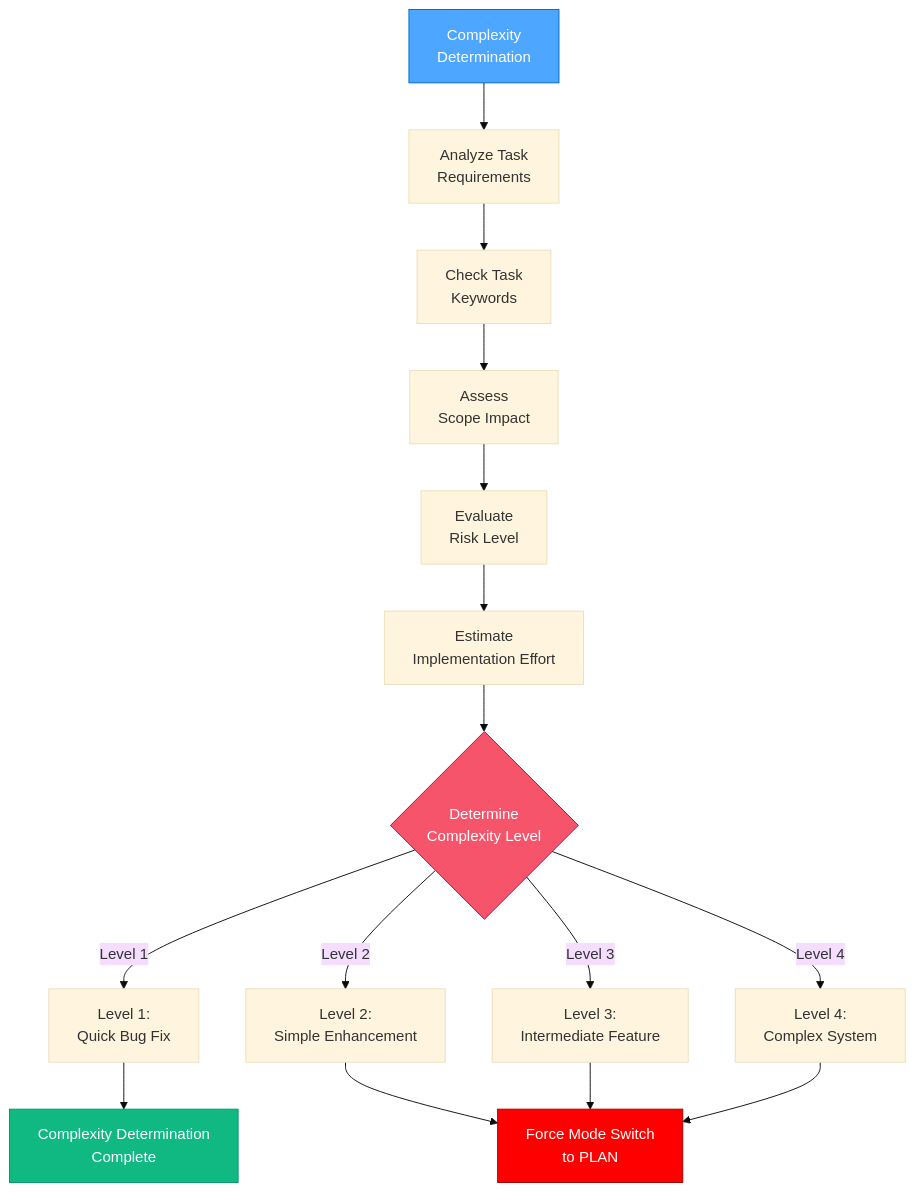
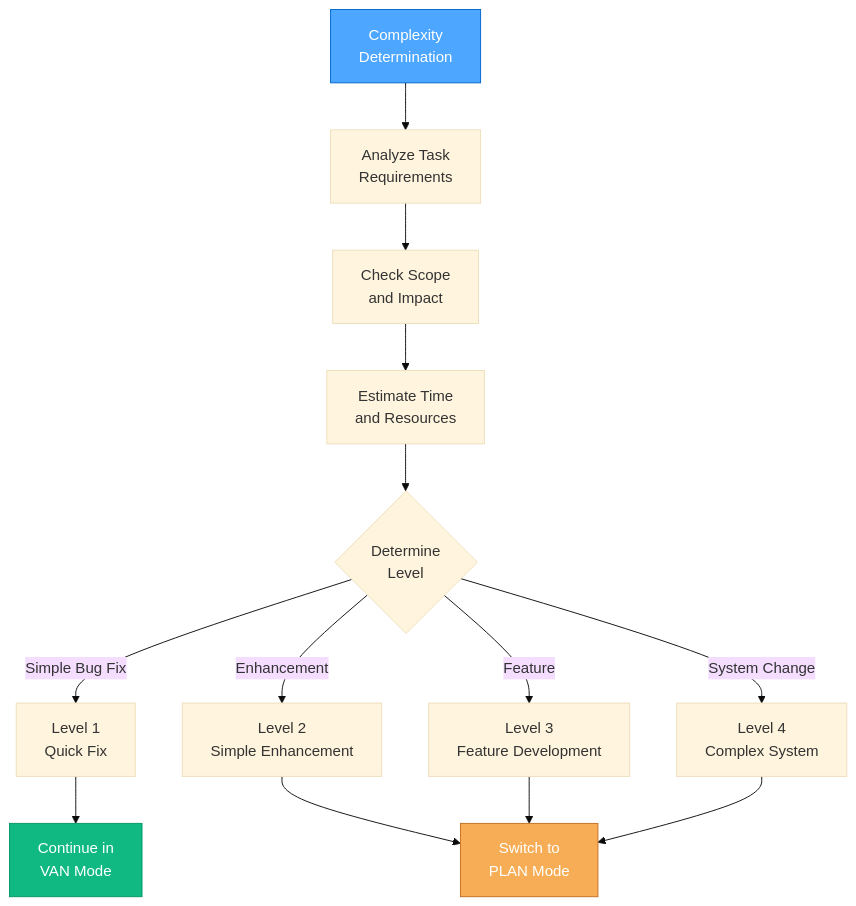
One commit to ms-moar/cursor-tools changed the fourth of 5 diagrams in .cursor/rules/isolation_rules/visual-maps/van_mode_split/van-mode-map.mdc. Above: the diagram before and after it, drawn with Mermaid (base theme). The commit also changed other lines of this file and 13 other files, not shown here.

````diff
--- a/.cursor/rules/isolation_rules/visual-maps/van_mode_split/van-mode-map.mdc
+++ b/.cursor/rules/isolation_rules/visual-maps/van_mode_split/van-mode-map.mdc
@@ -149,23 +113,19 @@
 ```mermaid
 graph TD
-    CD["Complexity<br>Determination"] --> AnalyzeTask["Analyze Task<br>Requirements"]
+    CD["Complexity<br>Determination"] --> AnalyzeReq["Analyze Task<br>Requirements"]
+    AnalyzeReq --> CheckScope["Check Scope<br>and Impact"]
+    CheckScope --> EstimateTime["Estimate Time<br>and Resources"]
+    EstimateTime --> DetermineLevel{"Determine<br>Level"}
     
-    AnalyzeTask --> CheckKeywords["Check Task<br>Keywords"]
-    CheckKeywords --> ScopeCheck["Assess<br>Scope Impact"]
-    ScopeCheck --> RiskCheck["Evaluate<br>Risk Level"]
-    RiskCheck --> EffortCheck["Estimate<br>Implementation Effort"]
+    DetermineLevel -->|"Simple Bug Fix"| Level1["Level 1<br>Quick Fix"]
+    DetermineLevel -->|"Enhancement"| Level2["Level 2<br>Simple Enhancement"]
+    DetermineLevel -->|"Feature"| Level3["Level 3<br>Feature Development"]
+    DetermineLevel -->|"System Change"| Level4["Level 4<br>Complex System"]
     
-    EffortCheck --> DetermineLevel{"Determine<br>Complexity Level"}
-    DetermineLevel -->|"Level 1"| L1["Level 1:<br>Quick Bug Fix"]
-    DetermineLevel -->|"Level 2"| L2["Level 2:<br>Simple Enhancement"]
-    DetermineLevel -->|"Level 3"| L3["Level 3:<br>Intermediate Feature"]
-    DetermineLevel -->|"Level 4"| L4["Level 4:<br>Complex System"]
-    
-    L1 --> CDComplete["Complexity Determination<br>Complete"]
-    L2 & L3 & L4 --> ModeSwitch["Force Mode Switch<br>to PLAN"]
+    Level1 --> ContinueVAN["Continue in<br>VAN Mode"]
+    Level2 & Level3 & Level4 --> SwitchPLAN["Switch to<br>PLAN Mode"]
     
     style CD fill:#4da6ff,stroke:#0066cc,color:white
-    style CDComplete fill:#10b981,stroke:#059669,color:white
-    style ModeSwitch fill:#ff0000,stroke:#990000,color:white
-    style DetermineLevel fill:#f6546a,stroke:#c30052,color:white
+    style ContinueVAN fill:#10b981,stroke:#059669,color:white
+    style SwitchPLAN fill:#f6ad55,stroke:#c27022,color:white
 ```
````
